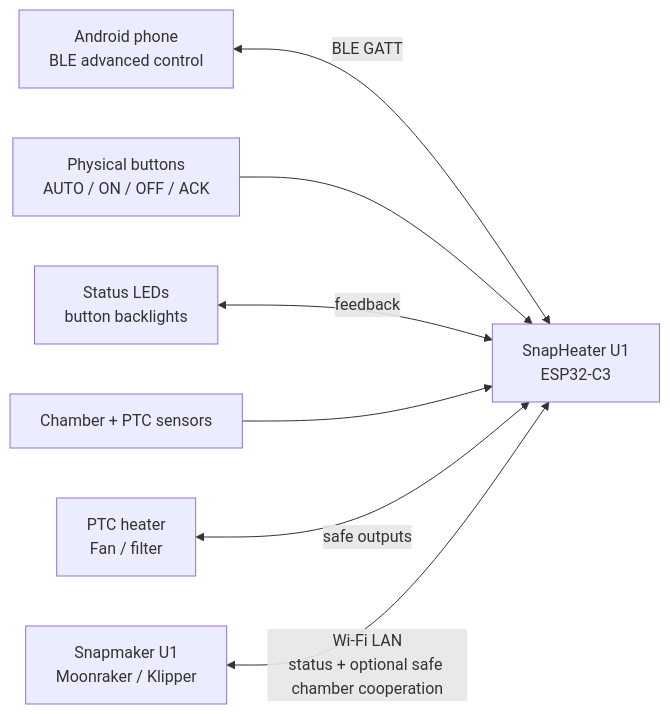
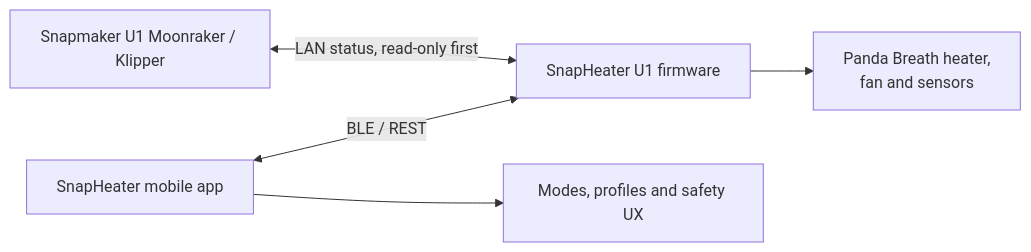
The diagram in README.md (AlphaStudioDE/SnapHeater-U1), drawn with Mermaid before and after one commit. The commit also changed other lines of this file and 126 other files, not shown here.

Commit message:
Revive Panda Breath firmware with DragonBreath-based safeguards and public verification docs

````diff
--- a/README.md
+++ b/README.md
@@ -63,16 +75,8 @@
 ```mermaid
 flowchart LR
-    Android[Android phone
-BLE advanced control] <-->|BLE GATT| SH[SnapHeater U1
-ESP32-C3]
-    Buttons[Physical buttons
-AUTO / ON / OFF / ACK] --> SH
-    LEDs[Status LEDs
-button backlights] <-->|feedback| SH
-    Sensors[Chamber + PTC sensors] --> SH
-    Outputs[PTC heater
-Fan / filter] <-->|safe outputs| SH
-    U1[Snapmaker U1
-Moonraker / Klipper] <-->|Wi-Fi LAN
-status + optional safe chamber cooperation| SH
+    App[SnapHeater mobile app] <-->|BLE / REST| FW[SnapHeater U1 firmware]
+    FW --> Heater[Panda Breath heater,
+fan and sensors]
+    U1[Snapmaker U1 Moonraker / Klipper] <-->|LAN status, read-only first| FW
+    App --> Workflows[Modes, profiles and safety UX]
 ```
````
